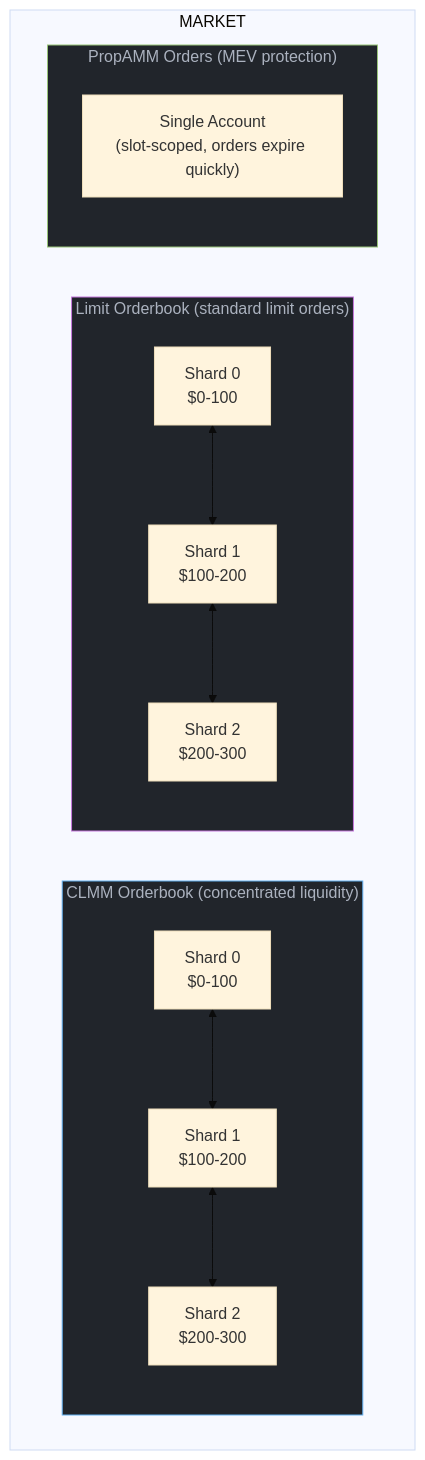
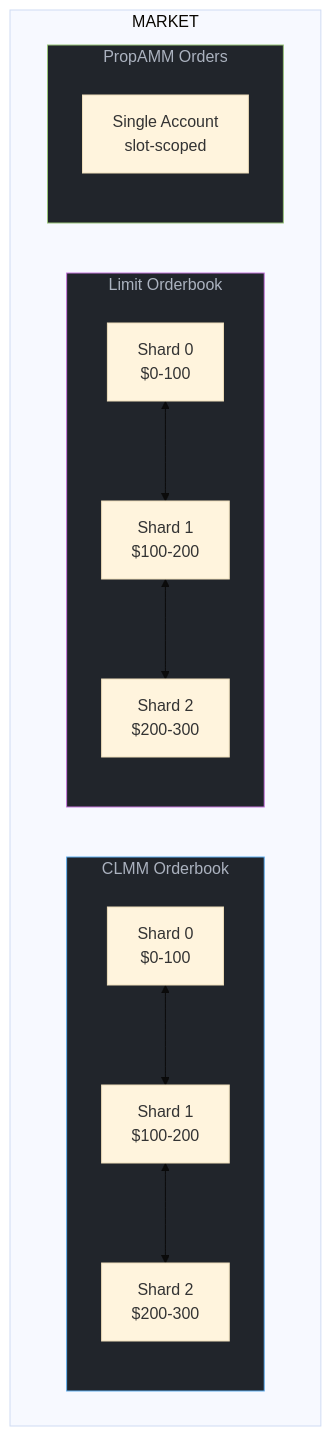
Before and after one commit to mgild/mintlify-docs: the third of 9 diagrams in concepts/orderbook.mdx, drawn with Mermaid (base theme). The commit also changed other lines of this file and 19 other files, not shown here.

````diff
--- a/concepts/orderbook.mdx
+++ b/concepts/orderbook.mdx
@@ -90,21 +89,21 @@
 ```mermaid
 
 graph TB
     subgraph Market["MARKET"]
-        subgraph CLMM["CLMM Orderbook (concentrated liquidity)"]
+        subgraph CLMM["CLMM Orderbook"]
             C0["Shard 0<br/>$0-100"] <--> C1["Shard 1<br/>$100-200"] <--> C2["Shard 2<br/>$200-300"]
         end
 
-        subgraph Limit["Limit Orderbook (standard limit orders)"]
+        subgraph Limit["Limit Orderbook"]
             L0["Shard 0<br/>$0-100"] <--> L1["Shard 1<br/>$100-200"] <--> L2["Shard 2<br/>$200-300"]
         end
 
-        subgraph PropAMM["PropAMM Orders (MEV protection)"]
-            PA["Single Account<br/>(slot-scoped, orders expire quickly)"]
+        subgraph PropAMM["PropAMM Orders"]
+            PA["Single Account<br/>slot-scoped"]
         end
     end
 
     style CLMM fill:#21252b,stroke:#61afef,color:#abb2bf
     style Limit fill:#21252b,stroke:#c678dd,color:#abb2bf
     style PropAMM fill:#21252b,stroke:#98c379,color:#abb2bf
 ```
````
